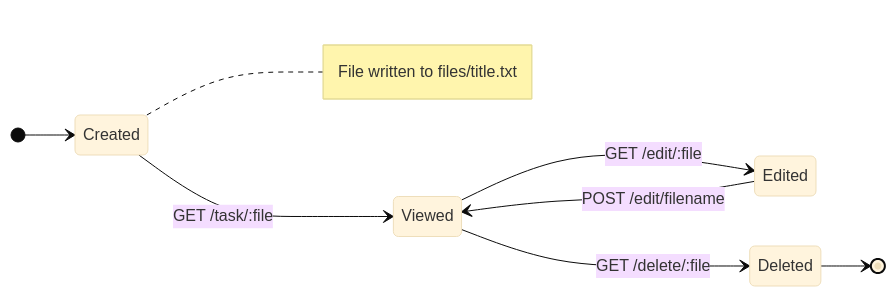
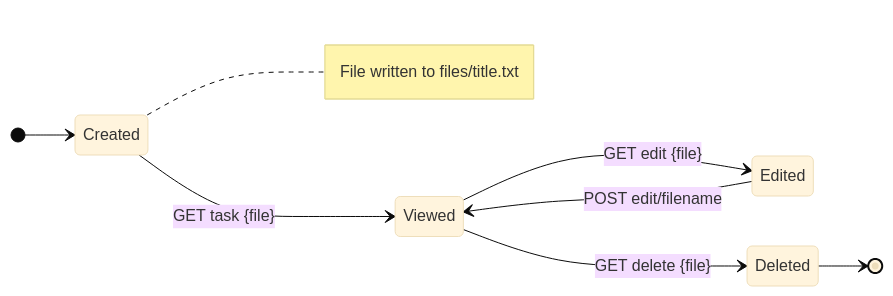
One commit to LuckyLongre123/Task-Manager changed the sixth of 6 diagrams in README.md. Above: the diagram before and after it, drawn with Mermaid (base theme).

Commit message:
Refine state diagram syntax in README.md for improved clarity

````diff
--- a/README.md
+++ b/README.md
@@ -212,11 +212,11 @@
 ```mermaid
 stateDiagram-v2
   direction LR
   [*] --> Created
   note right of Created : File written to files/title.txt
-  Created --> Viewed : GET /task/:file
-  Viewed --> Edited : GET /edit/:file
-  Edited --> Viewed : POST /edit/filename
-  Viewed --> Deleted : GET /delete/:file
+  Created --> Viewed : GET task {file}
+  Viewed --> Edited : GET edit {file}
+  Edited --> Viewed : POST edit/filename
+  Viewed --> Deleted : GET delete {file}
   Deleted --> [*]
 ```
````
